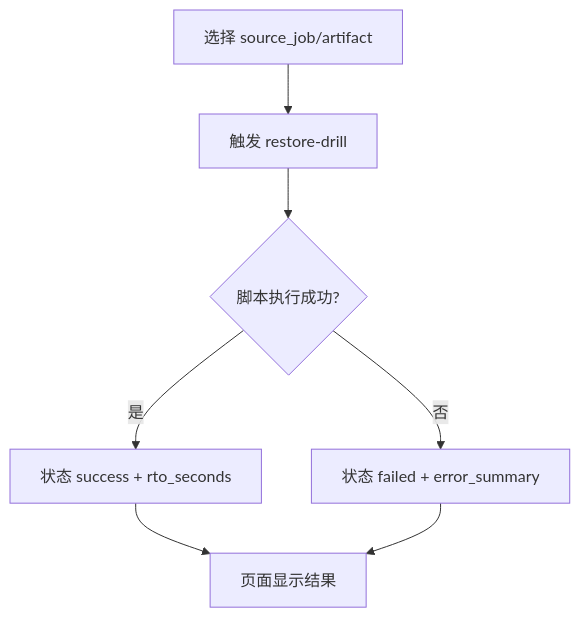
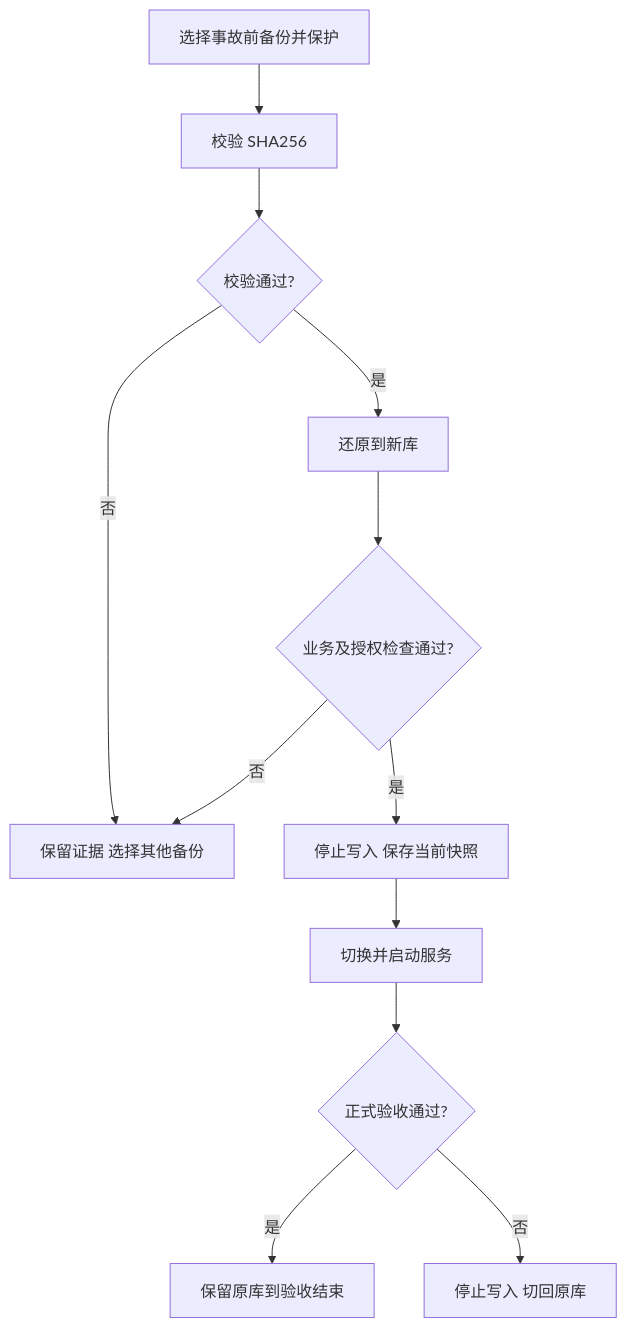
The second of 3 diagrams in docs/guides/deploy/027-monitor-center/usecase-us3-restore-drill.md (ArtisanCloud/PowerX), drawn with Mermaid before and after one commit. The commit also changed other lines of this file and 117 other files, not shown here.

````diff
--- a/docs/guides/deploy/027-monitor-center/usecase-us3-restore-drill.md
+++ b/docs/guides/deploy/027-monitor-center/usecase-us3-restore-drill.md
@@ -33,9 +25,14 @@
 ```mermaid
 flowchart TD
-  A[选择 source_job/artifact] --> B[触发 restore-drill]
-  B --> C{脚本执行成功?}
-  C -->|是| D[状态 success + rto_seconds]
-  C -->|否| E[状态 failed + error_summary]
-  D --> F[页面显示结果]
-  E --> F
+ A[选择事故前备份并保护] --> B[校验 SHA256]
+ B --> C{校验通过?}
+ C -->|否| E[保留证据 选择其他备份]
+ C -->|是| D[还原到新库]
+ D --> F{业务及授权检查通过?}
+ F -->|否| E
+ F -->|是| G[停止写入 保存当前快照]
+ G --> H[切换并启动服务]
+ H --> I{正式验收通过?}
+ I -->|是| J[保留原库到验收结束]
+ I -->|否| K[停止写入 切回原库]
 ```
````
